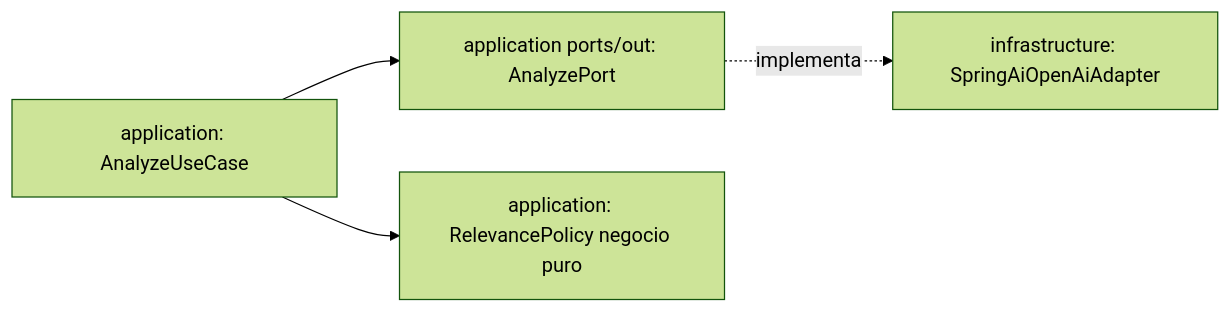
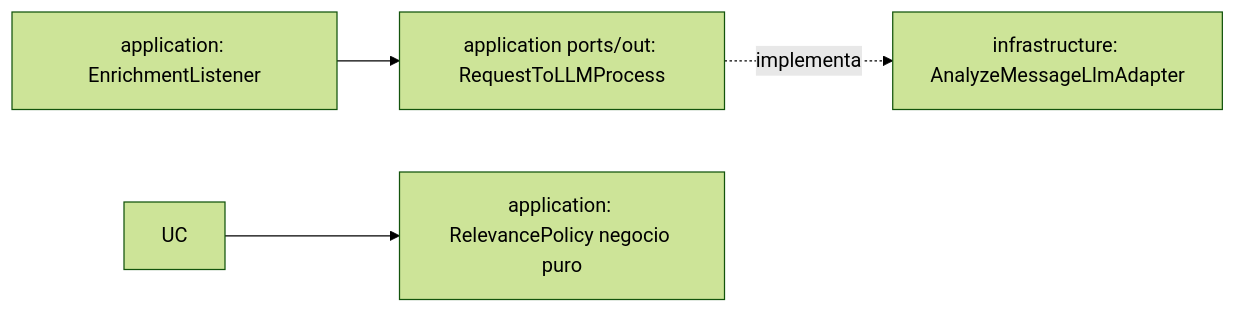
One commit to No-Country-simulation/G-10-CommunityLab-equipo-3 changed the diagram in docs/sdd/specs/002-analisis-ia/plan.md. Above: the diagram before and after it, drawn with Mermaid (forest theme). The commit also changed other lines of this file and 48 other files, not shown here.

````diff
--- a/docs/sdd/specs/002-analisis-ia/plan.md
+++ b/docs/sdd/specs/002-analisis-ia/plan.md
@@ -8,6 +8,6 @@
 ```mermaid
 flowchart LR
-  UC[application: AnalyzeUseCase] --> AP[application ports/out: AnalyzePort]
-  AP -.implementa.-> OAI[infrastructure: SpringAiOpenAiAdapter]
+  L[application: EnrichmentListener] --> AP[application ports/out: RequestToLLMProcess]
+  AP -.implementa.-> OAI[infrastructure: AnalyzeMessageLlmAdapter]
   UC --> POL[application: RelevancePolicy negocio puro]
 ```
````
